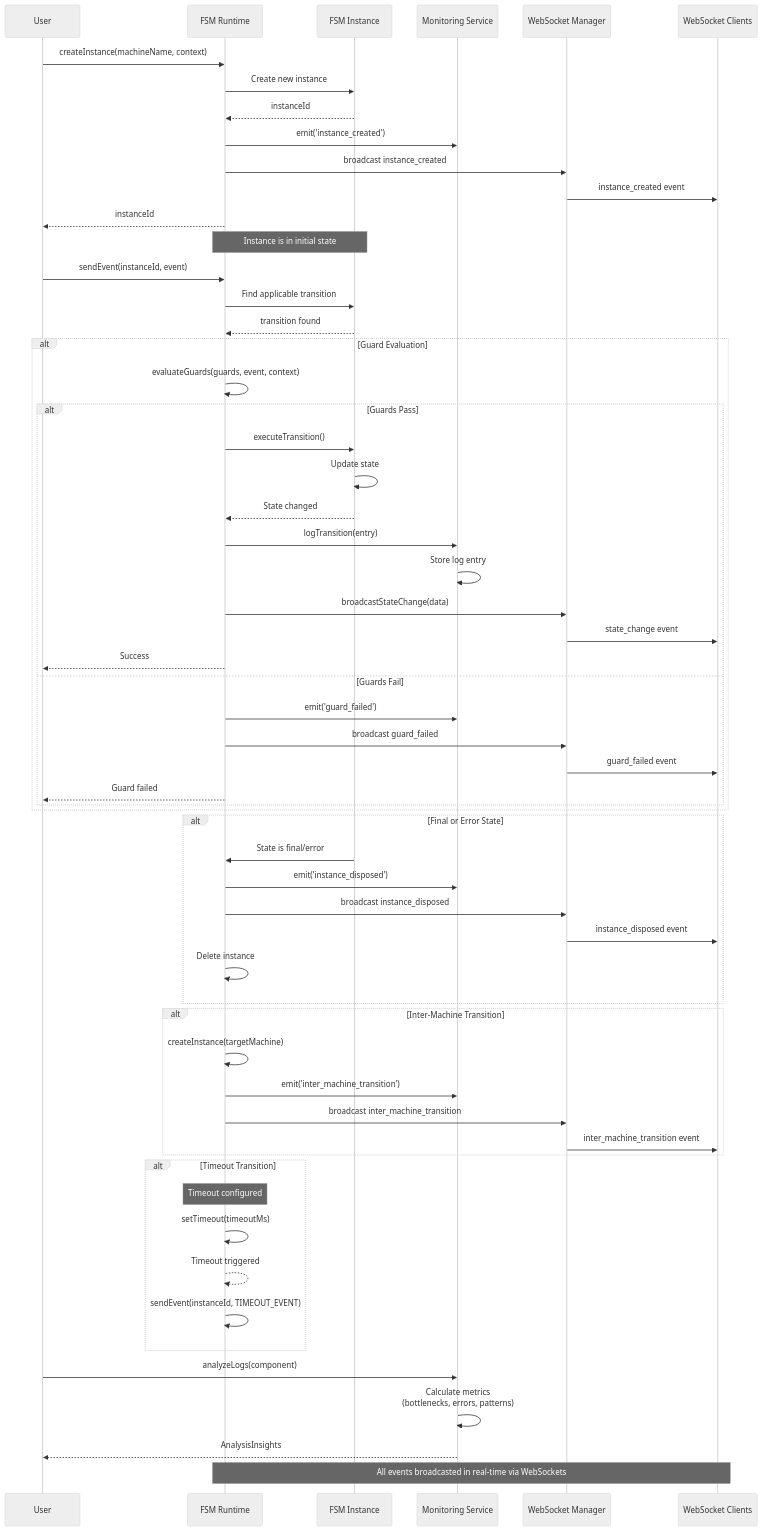
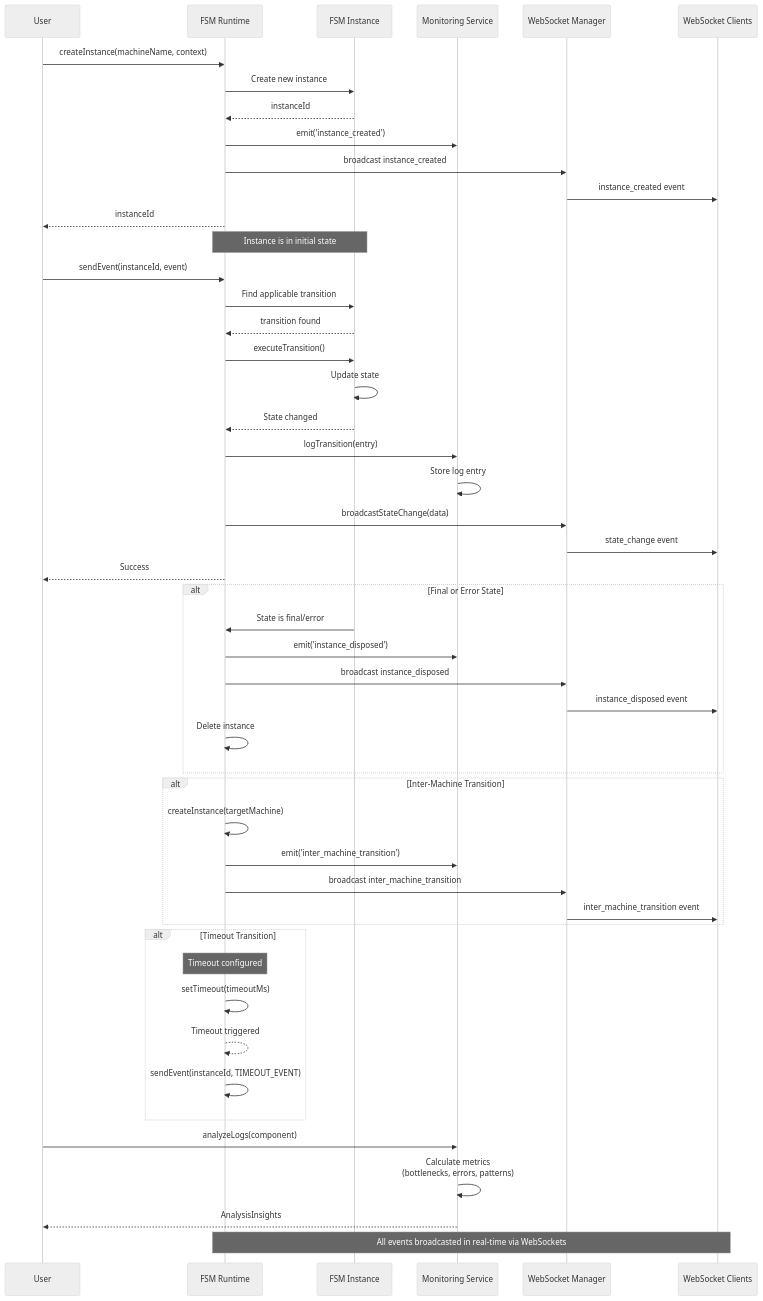
The diagram in docs/media/archi-runtime.mmd (fredericcarre/xcomponent-ai), drawn with Mermaid (neutral theme) before and after one commit. The commit also changed 27 other files, not shown here.

```diff
--- a/docs/media/archi-runtime.mmd
+++ b/docs/media/archi-runtime.mmd
@@ -1,68 +1,58 @@
 sequenceDiagram
     participant User
     participant Runtime as FSM Runtime
     participant Instance as FSM Instance
     participant Monitor as Monitoring Service
     participant WS as WebSocket Manager
     participant Clients as WebSocket Clients
 
     User->>Runtime: createInstance(machineName, context)
     Runtime->>Instance: Create new instance
     Instance-->>Runtime: instanceId
     Runtime->>Monitor: emit('instance_created')
     Runtime->>WS: broadcast instance_created
     WS->>Clients: instance_created event
     Runtime-->>User: instanceId
 
     Note over Runtime,Instance: Instance is in initial state
 
     User->>Runtime: sendEvent(instanceId, event)
     Runtime->>Instance: Find applicable transition
     Instance-->>Runtime: transition found
 
-    alt Guard Evaluation
-        Runtime->>Runtime: evaluateGuards(guards, event, context)
-        alt Guards Pass
-            Runtime->>Instance: executeTransition()
-            Instance->>Instance: Update state
-            Instance-->>Runtime: State changed
-            Runtime->>Monitor: logTransition(entry)
-            Monitor->>Monitor: Store log entry
-            Runtime->>WS: broadcastStateChange(data)
-            WS->>Clients: state_change event
-            Runtime-->>User: Success
-        else Guards Fail
-            Runtime->>Monitor: emit('guard_failed')
-            Runtime->>WS: broadcast guard_failed
-            WS->>Clients: guard_failed event
-            Runtime-->>User: Guard failed
-        end
-    end
+    Runtime->>Instance: executeTransition()
+    Instance->>Instance: Update state
+    Instance-->>Runtime: State changed
+    Runtime->>Monitor: logTransition(entry)
+    Monitor->>Monitor: Store log entry
+    Runtime->>WS: broadcastStateChange(data)
+    WS->>Clients: state_change event
+    Runtime-->>User: Success
 
     alt Final or Error State
         Instance->>Runtime: State is final/error
         Runtime->>Monitor: emit('instance_disposed')
         Runtime->>WS: broadcast instance_disposed
         WS->>Clients: instance_disposed event
         Runtime->>Runtime: Delete instance
     end
 
     alt Inter-Machine Transition
         Runtime->>Runtime: createInstance(targetMachine)
         Runtime->>Monitor: emit('inter_machine_transition')
         Runtime->>WS: broadcast inter_machine_transition
         WS->>Clients: inter_machine_transition event
     end
 
     alt Timeout Transition
         Note over Runtime: Timeout configured
         Runtime->>Runtime: setTimeout(timeoutMs)
         Runtime-->>Runtime: Timeout triggered
         Runtime->>Runtime: sendEvent(instanceId, TIMEOUT_EVENT)
     end
 
     User->>Monitor: analyzeLogs(component)
     Monitor->>Monitor: Calculate metrics<br/>(bottlenecks, errors, patterns)
     Monitor-->>User: AnalysisInsights
 
     Note over Runtime,Clients: All events broadcasted in real-time via WebSockets
```
